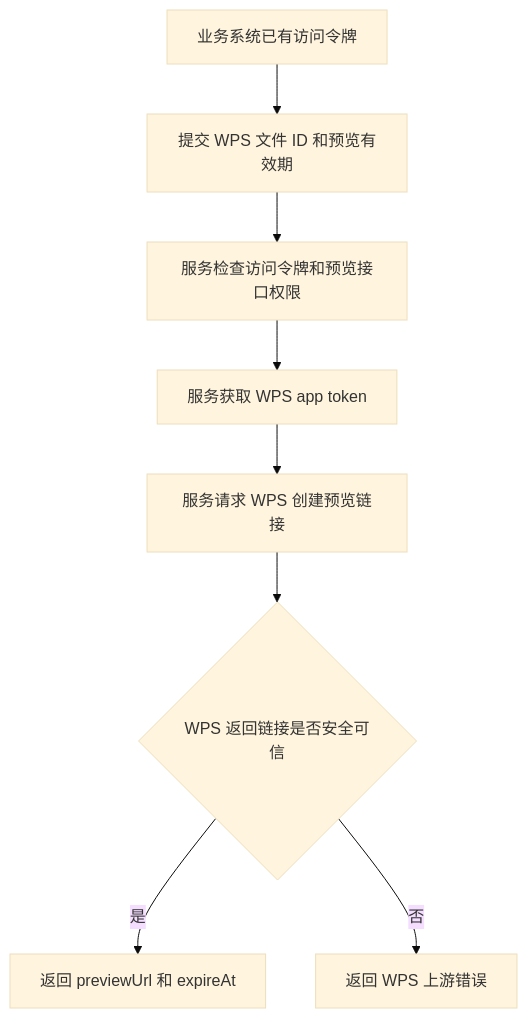
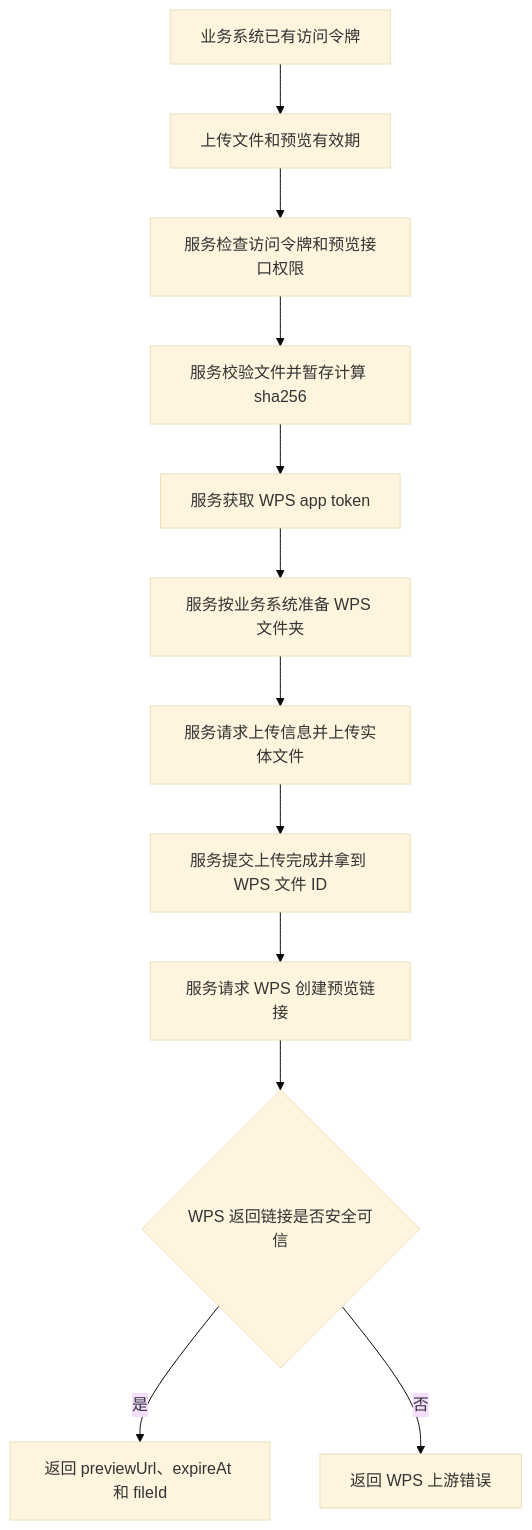
The third of 4 diagrams in docs/features/wps-yundoc-interface-mvp-feature.zh-CN.md (a1351995160/yungateway-minimal-token-wps), drawn with Mermaid (base theme) before and after one commit. The commit also changed other lines of this file and 116 other files, not shown here.

First line of the commit message:
feat: support WPS user auth and app preview upload

````diff
--- a/docs/features/wps-yundoc-interface-mvp-feature.zh-CN.md
+++ b/docs/features/wps-yundoc-interface-mvp-feature.zh-CN.md
@@ -103,10 +103,14 @@
 ```mermaid
 flowchart TD
-    A["业务系统已有访问令牌"] --> B["提交 WPS 文件 ID 和预览有效期"]
+    A["业务系统已有访问令牌"] --> B["上传文件和预览有效期"]
     B --> C["服务检查访问令牌和预览接口权限"]
-    C --> D["服务获取 WPS app token"]
-    D --> E["服务请求 WPS 创建预览链接"]
-    E --> F{WPS 返回链接是否安全可信}
-    F -->|是| G["返回 previewUrl 和 expireAt"]
-    F -->|否| H["返回 WPS 上游错误"]
+    C --> D["服务校验文件并暂存计算 sha256"]
+    D --> E["服务获取 WPS app token"]
+    E --> F["服务按业务系统准备 WPS 文件夹"]
+    F --> G["服务请求上传信息并上传实体文件"]
+    G --> H["服务提交上传完成并拿到 WPS 文件 ID"]
+    H --> I["服务请求 WPS 创建预览链接"]
+    I --> J{WPS 返回链接是否安全可信}
+    J -->|是| K["返回 previewUrl、expireAt 和 fileId"]
+    J -->|否| L["返回 WPS 上游错误"]
 ```
````
